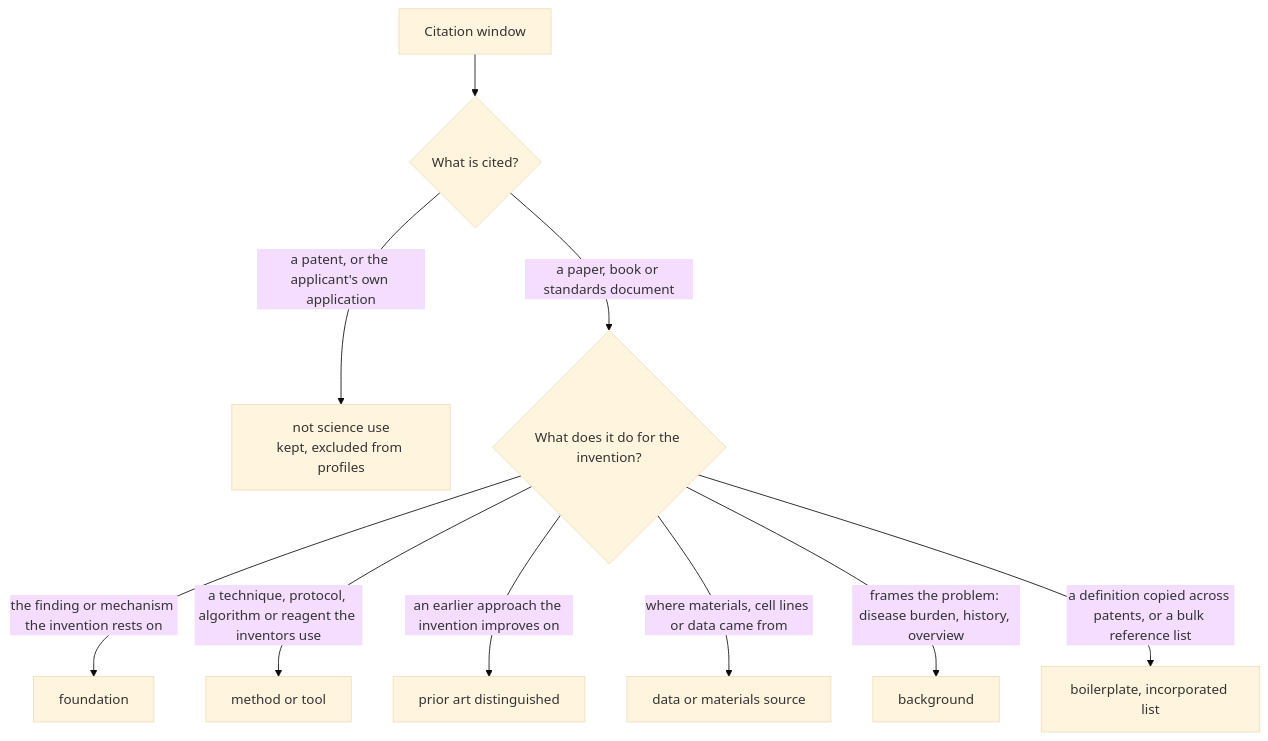
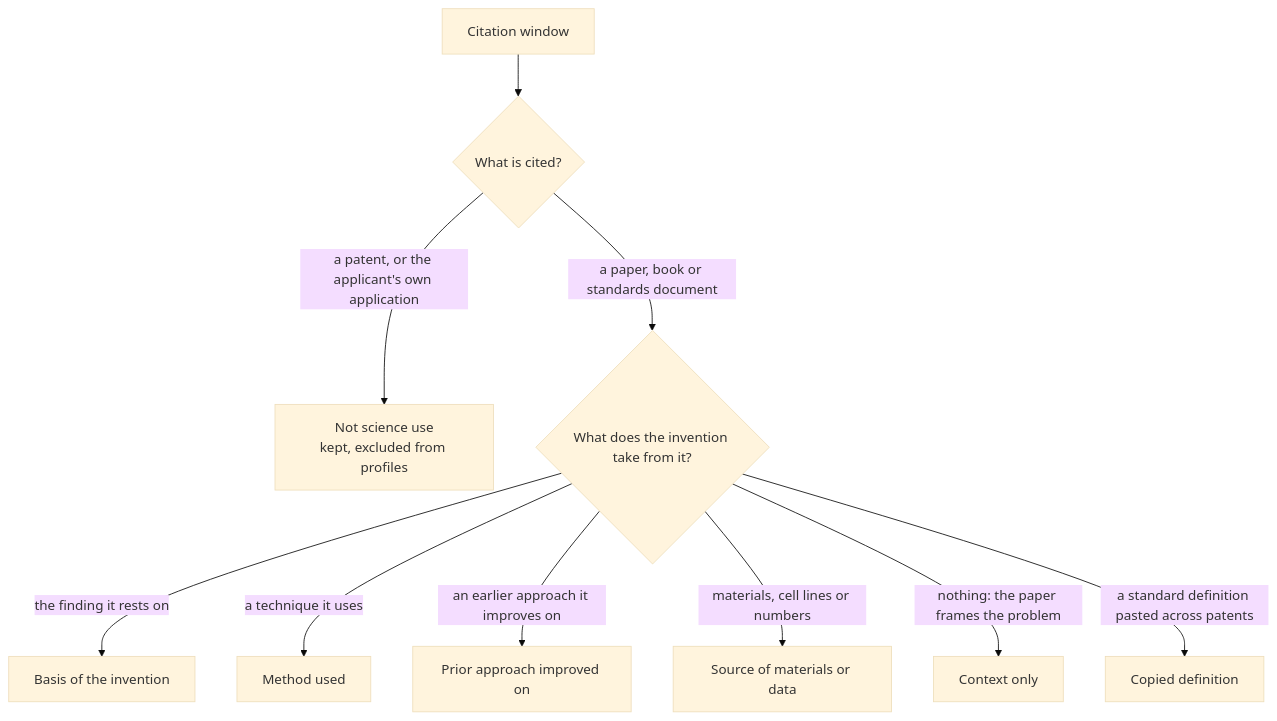
The second of 2 diagrams in README.md (hansen-innovation/science-in-invention), drawn with Mermaid (base theme) before and after one commit. The commit also changed other lines of this file and 16 other files, not shown here.

````diff
--- a/README.md
+++ b/README.md
@@ -26,12 +28,12 @@
 ```mermaid
 flowchart TD
     W["Citation window"] --> T{"What is cited?"}
-    T -->|"a patent, or the applicant's own application"| X["not science use<br/>kept, excluded from profiles"]
-    T -->|"a paper, book or standards document"| F{"What does it do for the invention?"}
-    F -->|"the finding or mechanism the invention rests on"| A["foundation"]
-    F -->|"a technique, protocol, algorithm or reagent the inventors use"| B["method or tool"]
-    F -->|"an earlier approach the invention improves on"| C["prior art distinguished"]
-    F -->|"where materials, cell lines or data came from"| D["data or materials source"]
-    F -->|"frames the problem: disease burden, history, overview"| E["background"]
-    F -->|"a definition copied across patents, or a bulk reference list"| G["boilerplate, incorporated list"]
+    T -->|"a patent, or the applicant's own application"| X["Not science use<br/>kept, excluded from profiles"]
+    T -->|"a paper, book or standards document"| F{"What does the invention take from it?"}
+    F -->|"the finding it rests on"| A["Basis of the invention"]
+    F -->|"a technique it uses"| B["Method used"]
+    F -->|"an earlier approach it improves on"| C["Prior approach improved on"]
+    F -->|"materials, cell lines or numbers"| D["Source of materials or data"]
+    F -->|"nothing: the paper frames the problem"| E["Context only"]
+    F -->|"a standard definition pasted across patents"| G["Copied definition"]
 ```
````
